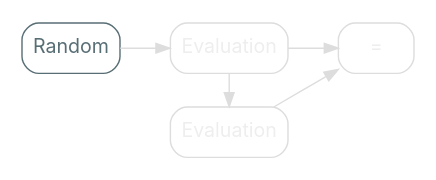
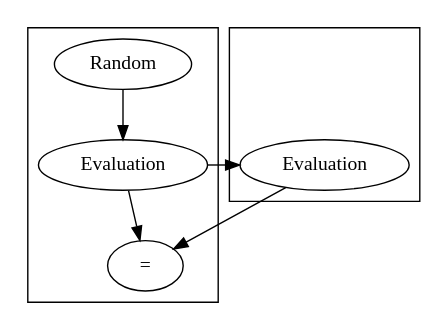
Before and after one commit to nrinaudo/much-ado-about-testing: the diagram in src/graphviz/idempotence_input.dot, drawn with Graphviz. The commit also changed 98 other files, not shown here.

Commit message:
Use graphviz stylesheets

```diff
--- a/src/graphviz/idempotence_input.dot
+++ b/src/graphviz/idempotence_input.dot
@@ -1,29 +1,21 @@
 digraph {
-    bgcolor=transparent
-    rankdir=LR
-
-    // Default theme: enabled
-    node[shape="rectangle" style="rounded,filled" color="#586E75" fillcolor="#ffffff" fontcolor="#586E75" fontname="Inter,Arial"]
-    edge[color="#586E75" fontcolor="#000000" fontname="Inter,Arial" fontsize=11]
 
     subgraph cluster_0 {
-        color=transparent
         Input[label="Random"]
-        Evaluation[color="#dddddd" fontcolor="#eeeeee"]
-        Analysis[label="=" color="#dddddd" fontcolor="#eeeeee"]
+        Evaluation[class="disabled"]
+        Analysis[label="=" class="disabled"]
     }
 
     subgraph cluster_1 {
-        color=transparent
         Invis[style=invis]
-        Evaluation2[label="Evaluation" color="#dddddd" fontcolor="#eeeeee"]
+        Evaluation2[label="Evaluation" class="disabled"]
     }
 
     Input -> Invis[constraint=false style=invis]
     Invis -> Evaluation2[style=invis]
 
-    Input -> Evaluation[color="#dddddd"]
-    Evaluation -> Analysis[color="#dddddd"]
-    Evaluation -> Evaluation2[constraint=false color="#dddddd"]
-    Evaluation2 -> Analysis[color="#dddddd"]
+    Input -> Evaluation[class="disabled"]
+    Evaluation -> Analysis[class="disabled"]
+    Evaluation -> Evaluation2[constraint=false class="disabled"]
+    Evaluation2 -> Analysis[class="disabled"]
 }
```
